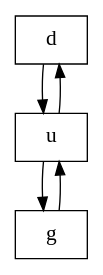
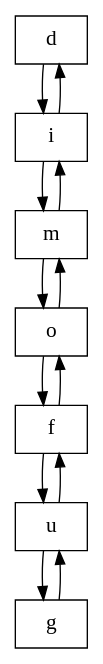
Before and after one commit to OmarLetona14/EDD_1S2020_PY1_201700377: the diagram in FichasKaren.dot, drawn with Graphviz. The commit also changed 30 other files, not shown here.

```diff
--- a/FichasKaren.dot
+++ b/FichasKaren.dot
@@ -1,10 +1,22 @@
 digraph FichasKaren{ 
 node [ fontsize = 16 shape = record] 
  " d8" [ label = " d" shape = record ]; 
- " d8" ->  " u13"  
+ " d8" ->  " i9"  
+ " i9" [ label = " i" shape = record ]; 
+ " i9" ->  " m10"  
+ " i9" ->  " d8" 
+ " m10" [ label = " m" shape = record ]; 
+ " m10" ->  " o11"  
+ " m10" ->  " i9" 
+ " o11" [ label = " o" shape = record ]; 
+ " o11" ->  " f12"  
+ " o11" ->  " m10" 
+ " f12" [ label = " f" shape = record ]; 
+ " f12" ->  " u13"  
+ " f12" ->  " o11" 
  " u13" [ label = " u" shape = record ]; 
  " u13" ->  " g14"  
- " u13" ->  " d8" 
+ " u13" ->  " f12" 
  " g14" [ label = " g" shape = record ]; 
  " g14" ->  " u13" 
 }
```
